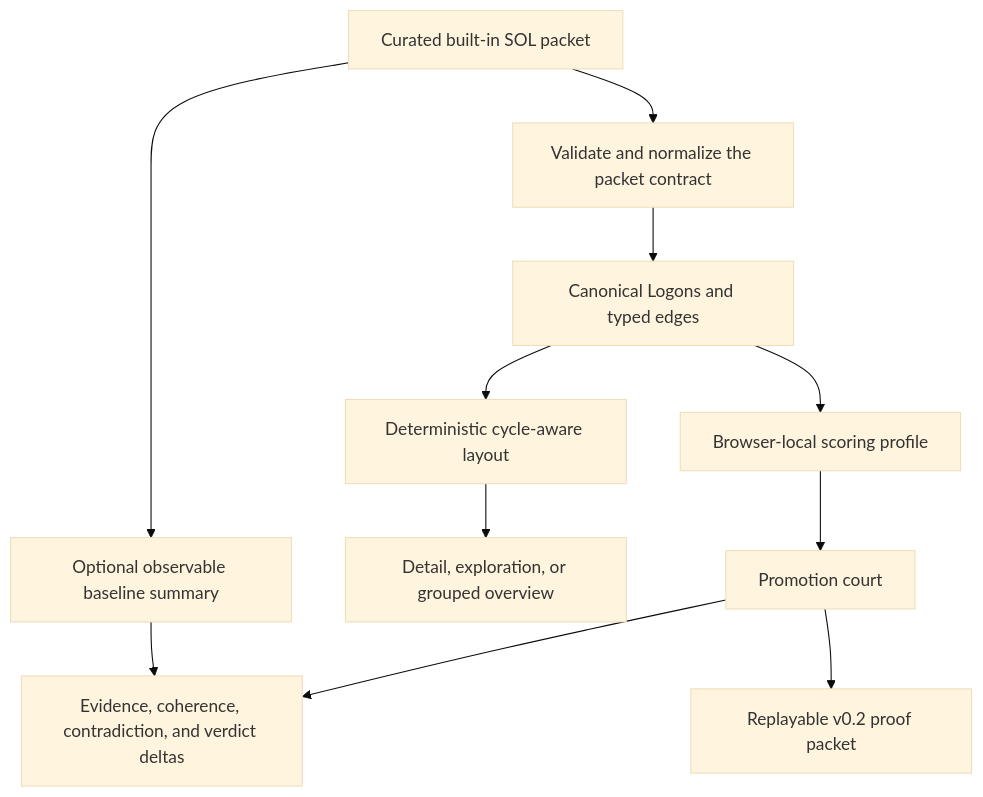
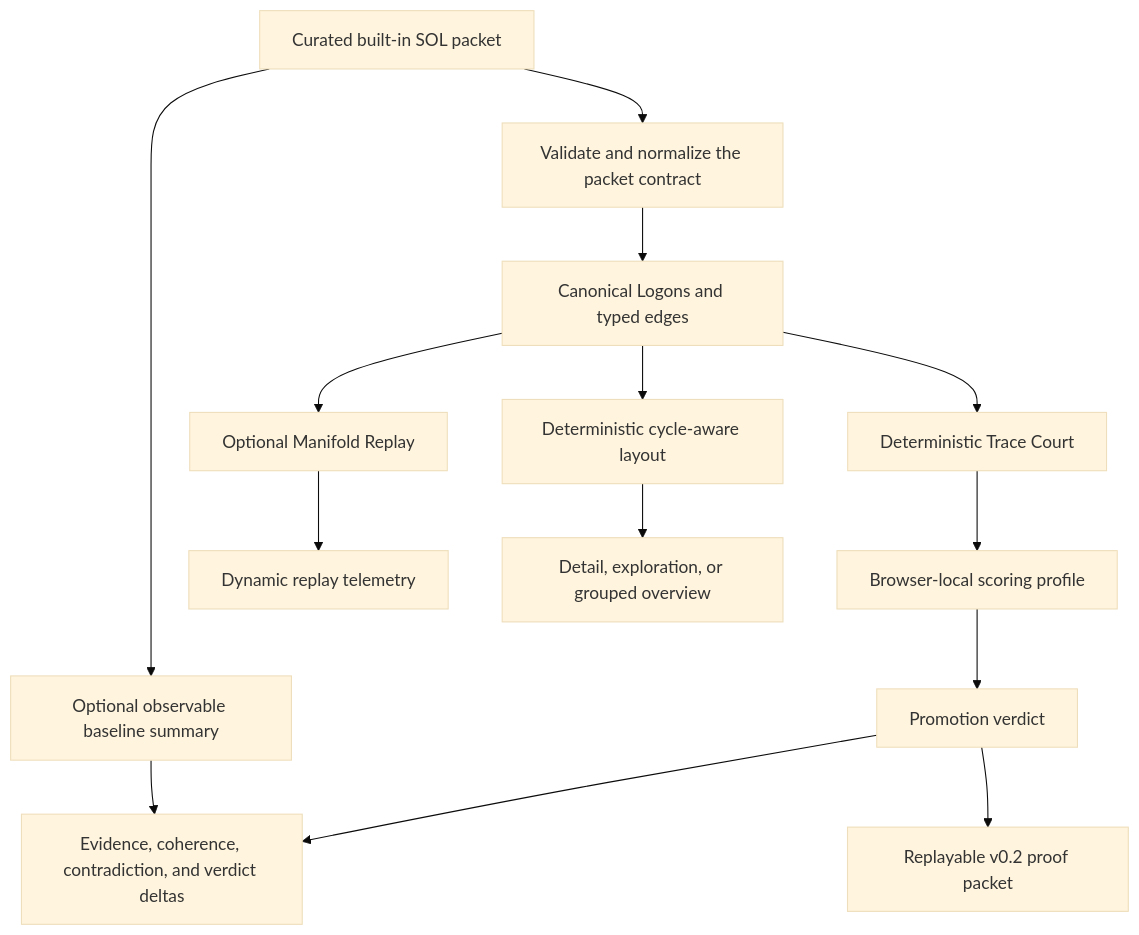
Before and after one commit to TechmanStudios/sol-lens: the diagram in README.md, drawn with Mermaid (base theme). The commit also changed other lines of this file and 9 other files, not shown here.

Commit message:
Add deterministic manifold replay

````diff
--- a/README.md
+++ b/README.md
@@ -109,13 +121,16 @@
 ```mermaid
 flowchart TD
   A[Curated built-in SOL packet] --> B[Validate and normalize the packet contract]
   A --> J[Optional observable baseline summary]
   B --> C[Canonical Logons and typed edges]
-  C --> D[Deterministic cycle-aware layout]
-  C --> E[Browser-local scoring profile]
-  D --> F[Detail, exploration, or grouped overview]
-  E --> G[Promotion court]
+  C --> D[Deterministic Trace Court]
+  C --> M[Optional Manifold Replay]
+  D --> E[Browser-local scoring profile]
+  E --> G[Promotion verdict]
+  M --> N[Dynamic replay telemetry]
+  C --> L[Deterministic cycle-aware layout]
+  L --> F[Detail, exploration, or grouped overview]
   J --> K[Evidence, coherence, contradiction, and verdict deltas]
   G --> K
   G --> H[Replayable v0.2 proof packet]
 ```
````
